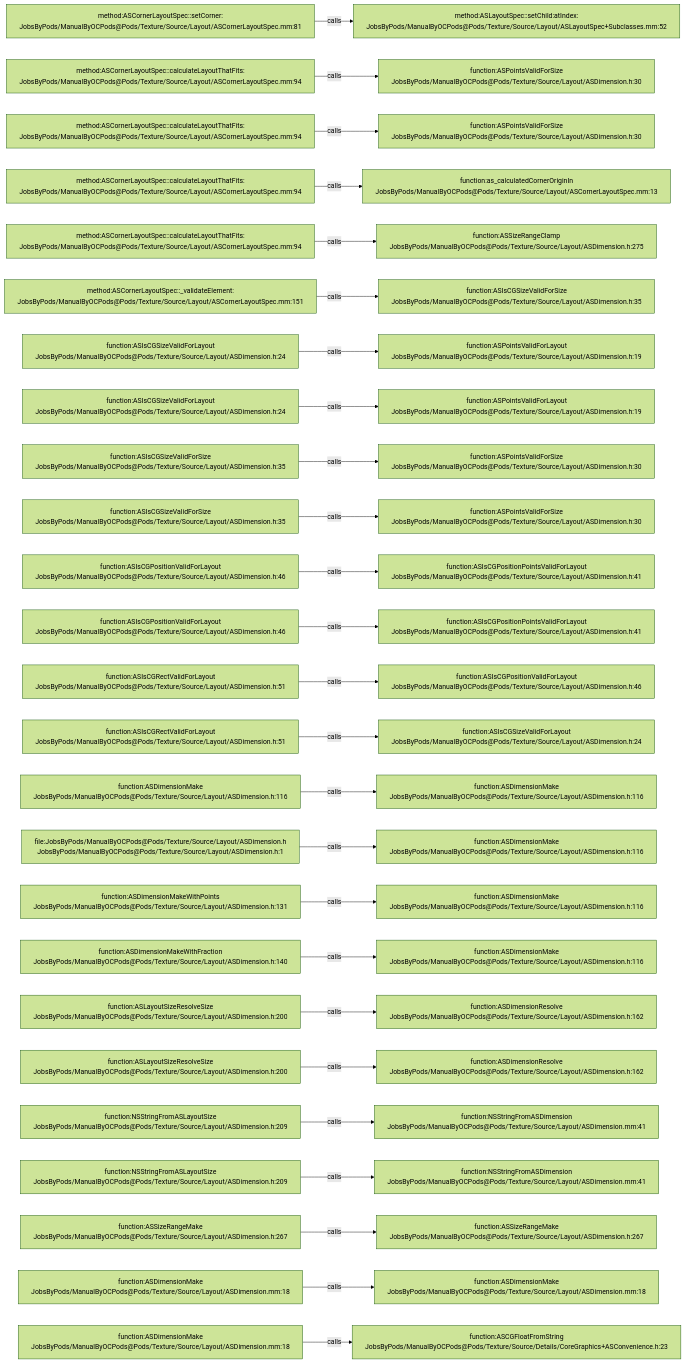
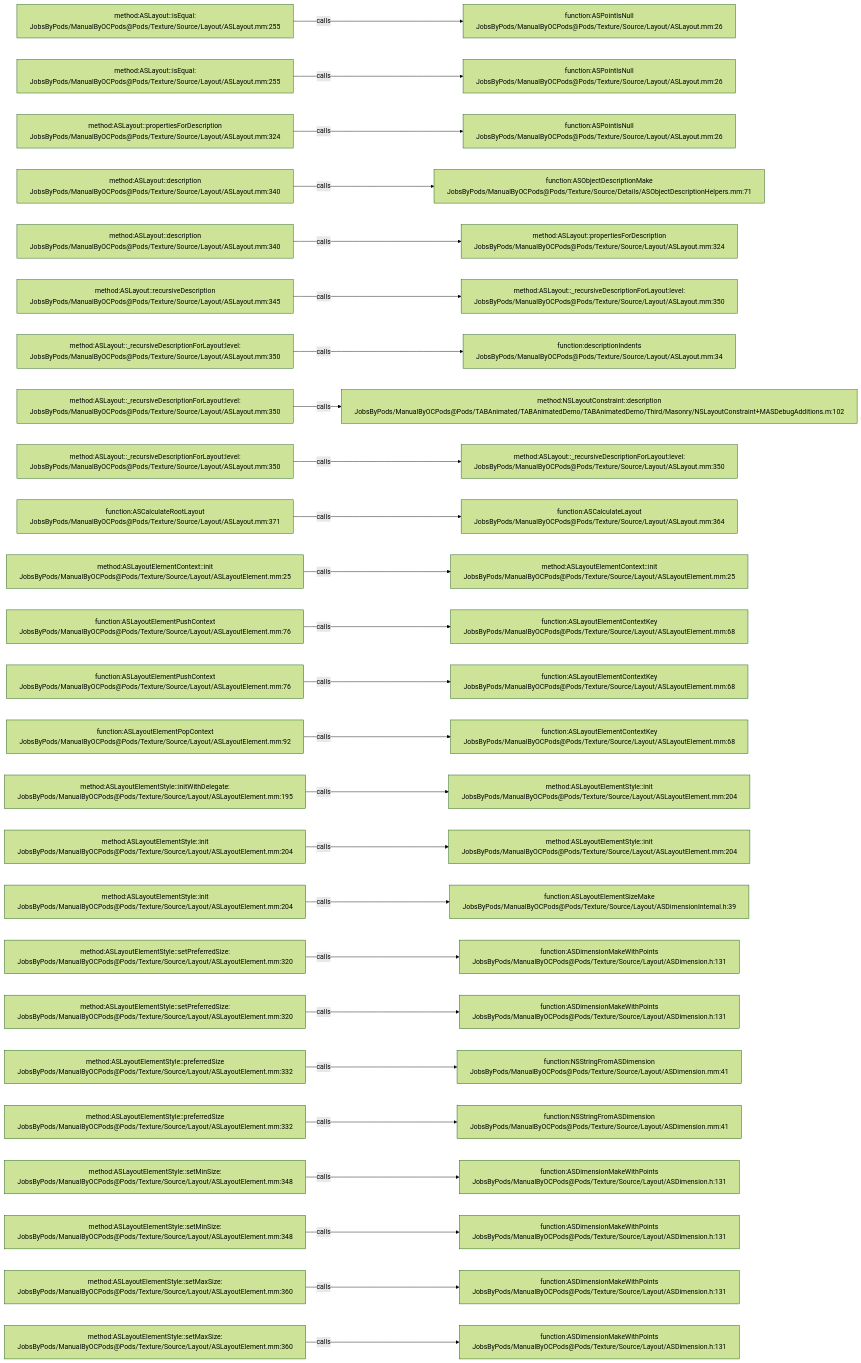
The diagram in .codegraph/codegraph.md/graphs/calls-177.md (JobsKits/JobsOCBaseConfigDemo), drawn with Mermaid (forest theme) before and after one commit. The commit also changed 1353 other files, not shown here.

````diff
--- a/.codegraph/codegraph.md/graphs/calls-177.md
+++ b/.codegraph/codegraph.md/graphs/calls-177.md
@@ -13,78 +13,78 @@
 ```mermaid
 flowchart LR
-  S1["method:ASCornerLayoutSpec::setCorner:<br/>JobsByPods/ManualByOCPods@Pods/Texture/Source/Layout/ASCornerLayoutSpec.mm:81"]
-  T1["method:ASLayoutSpec::setChild:atIndex:<br/>JobsByPods/ManualByOCPods@Pods/Texture/Source/Layout/ASLayoutSpec+Subclasses.mm:52"]
+  S1["method:ASLayout::isEqual:<br/>JobsByPods/ManualByOCPods@Pods/Texture/Source/Layout/ASLayout.mm:255"]
+  T1["function:ASPointIsNull<br/>JobsByPods/ManualByOCPods@Pods/Texture/Source/Layout/ASLayout.mm:26"]
   S1 -->|calls| T1
-  S2["method:ASCornerLayoutSpec::calculateLayoutThatFits:<br/>JobsByPods/ManualByOCPods@Pods/Texture/Source/Layout/ASCornerLayoutSpec.mm:94"]
-  T2["function:ASPointsValidForSize<br/>JobsByPods/ManualByOCPods@Pods/Texture/Source/Layout/ASDimension.h:30"]
+  S2["method:ASLayout::isEqual:<br/>JobsByPods/ManualByOCPods@Pods/Texture/Source/Layout/ASLayout.mm:255"]
+  T2["function:ASPointIsNull<br/>JobsByPods/ManualByOCPods@Pods/Texture/Source/Layout/ASLayout.mm:26"]
   S2 -->|calls| T2
-  S3["method:ASCornerLayoutSpec::calculateLayoutThatFits:<br/>JobsByPods/ManualByOCPods@Pods/Texture/Source/Layout/ASCornerLayoutSpec.mm:94"]
-  T3["function:ASPointsValidForSize<br/>JobsByPods/ManualByOCPods@Pods/Texture/Source/Layout/ASDimension.h:30"]
+  S3["method:ASLayout::propertiesForDescription<br/>JobsByPods/ManualByOCPods@Pods/Texture/Source/Layout/ASLayout.mm:324"]
+  T3["function:ASPointIsNull<br/>JobsByPods/ManualByOCPods@Pods/Texture/Source/Layout/ASLayout.mm:26"]
   S3 -->|calls| T3
-  S4["method:ASCornerLayoutSpec::calculateLayoutThatFits:<br/>JobsByPods/ManualByOCPods@Pods/Texture/Source/Layout/ASCornerLayoutSpec.mm:94"]
-  T4["function:as_calculatedCornerOriginIn<br/>JobsByPods/ManualByOCPods@Pods/Texture/Source/Layout/ASCornerLayoutSpec.mm:13"]
+  S4["method:ASLayout::description<br/>JobsByPods/ManualByOCPods@Pods/Texture/Source/Layout/ASLayout.mm:340"]
+  T4["function:ASObjectDescriptionMake<br/>JobsByPods/ManualByOCPods@Pods/Texture/Source/Details/ASObjectDescriptionHelpers.mm:71"]
   S4 -->|calls| T4
-  S5["method:ASCornerLayoutSpec::calculateLayoutThatFits:<br/>JobsByPods/ManualByOCPods@Pods/Texture/Source/Layout/ASCornerLayoutSpec.mm:94"]
-  T5["function:ASSizeRangeClamp<br/>JobsByPods/ManualByOCPods@Pods/Texture/Source/Layout/ASDimension.h:275"]
+  S5["method:ASLayout::description<br/>JobsByPods/ManualByOCPods@Pods/Texture/Source/Layout/ASLayout.mm:340"]
+  T5["method:ASLayout::propertiesForDescription<br/>JobsByPods/ManualByOCPods@Pods/Texture/Source/Layout/ASLayout.mm:324"]
   S5 -->|calls| T5
-  S6["method:ASCornerLayoutSpec::_validateElement:<br/>JobsByPods/ManualByOCPods@Pods/Texture/Source/Layout/ASCornerLayoutSpec.mm:151"]
-  T6["function:ASIsCGSizeValidForSize<br/>JobsByPods/ManualByOCPods@Pods/Texture/Source/Layout/ASDimension.h:35"]
+  S6["method:ASLayout::recursiveDescription<br/>JobsByPods/ManualByOCPods@Pods/Texture/Source/Layout/ASLayout.mm:345"]
+  T6["method:ASLayout::_recursiveDescriptionForLayout:level:<br/>JobsByPods/ManualByOCPods@Pods/Texture/Source/Layout/ASLayout.mm:350"]
   S6 -->|calls| T6
-  S7["function:ASIsCGSizeValidForLayout<br/>JobsByPods/ManualByOCPods@Pods/Texture/Source/Layout/ASDimension.h:24"]
-  T7["function:ASPointsValidForLayout<br/>JobsByPods/ManualByOCPods@Pods/Texture/Source/Layout/ASDimension.h:19"]
+  S7["method:ASLayout::_recursiveDescriptionForLayout:level:<br/>JobsByPods/ManualByOCPods@Pods/Texture/Source/Layout/ASLayout.mm:350"]
+  T7["function:descriptionIndents<br/>JobsByPods/ManualByOCPods@Pods/Texture/Source/Layout/ASLayout.mm:34"]
   S7 -->|calls| T7
-  S8["function:ASIsCGSizeValidForLayout<br/>JobsByPods/ManualByOCPods@Pods/Texture/Source/Layout/ASDimension.h:24"]
-  T8["function:ASPointsValidForLayout<br/>JobsByPods/ManualByOCPods@Pods/Texture/Source/Layout/ASDimension.h:19"]
+  S8["method:ASLayout::_recursiveDescriptionForLayout:level:<br/>JobsByPods/ManualByOCPods@Pods/Texture/Source/Layout/ASLayout.mm:350"]
+  T8["method:NSLayoutConstraint::description<br/>JobsByPods/ManualByOCPods@Pods/TABAnimated/TABAnimatedDemo/TABAnimatedDemo/Third/Masonry/NSLayoutConstraint+MASDebugAdditions.m:102"]
   S8 -->|calls| T8
-  S9["function:ASIsCGSizeValidForSize<br/>JobsByPods/ManualByOCPods@Pods/Texture/Source/Layout/ASDimension.h:35"]
-  T9["function:ASPointsValidForSize<br/>JobsByPods/ManualByOCPods@Pods/Texture/Source/Layout/ASDimension.h:30"]
+  S9["method:ASLayout::_recursiveDescriptionForLayout:level:<br/>JobsByPods/ManualByOCPods@Pods/Texture/Source/Layout/ASLayout.mm:350"]
+  T9["method:ASLayout::_recursiveDescriptionForLayout:level:<br/>JobsByPods/ManualByOCPods@Pods/Texture/Source/Layout/ASLayout.mm:350"]
   S9 -->|calls| T9
-  S10["function:ASIsCGSizeValidForSize<br/>JobsByPods/ManualByOCPods@Pods/Texture/Source/Layout/ASDimension.h:35"]
-  T10["function:ASPointsValidForSize<br/>JobsByPods/ManualByOCPods@Pods/Texture/Source/Layout/ASDimension.h:30"]
+  S10["function:ASCalculateRootLayout<br/>JobsByPods/ManualByOCPods@Pods/Texture/Source/Layout/ASLayout.mm:371"]
+  T10["function:ASCalculateLayout<br/>JobsByPods/ManualByOCPods@Pods/Texture/Source/Layout/ASLayout.mm:364"]
   S10 -->|calls| T10
-  S11["function:ASIsCGPositionValidForLayout<br/>JobsByPods/ManualByOCPods@Pods/Texture/Source/Layout/ASDimension.h:46"]
-  T11["function:ASIsCGPositionPointsValidForLayout<br/>JobsByPods/ManualByOCPods@Pods/Texture/Source/Layout/ASDimension.h:41"]
+  S11["method:ASLayoutElementContext::init<br/>JobsByPods/ManualByOCPods@Pods/Texture/Source/Layout/ASLayoutElement.mm:25"]
+  T11["method:ASLayoutElementContext::init<br/>JobsByPods/ManualByOCPods@Pods/Texture/Source/Layout/ASLayoutElement.mm:25"]
   S11 -->|calls| T11
-  S12["function:ASIsCGPositionValidForLayout<br/>JobsByPods/ManualByOCPods@Pods/Texture/Source/Layout/ASDimension.h:46"]
-  T12["function:ASIsCGPositionPointsValidForLayout<br/>JobsByPods/ManualByOCPods@Pods/Texture/Source/Layout/ASDimension.h:41"]
+  S12["function:ASLayoutElementPushContext<br/>JobsByPods/ManualByOCPods@Pods/Texture/Source/Layout/ASLayoutElement.mm:76"]
+  T12["function:ASLayoutElementContextKey<br/>JobsByPods/ManualByOCPods@Pods/Texture/Source/Layout/ASLayoutElement.mm:68"]
   S12 -->|calls| T12
-  S13["function:ASIsCGRectValidForLayout<br/>JobsByPods/ManualByOCPods@Pods/Texture/Source/Layout/ASDimension.h:51"]
-  T13["function:ASIsCGPositionValidForLayout<br/>JobsByPods/ManualByOCPods@Pods/Texture/Source/Layout/ASDimension.h:46"]
+  S13["function:ASLayoutElementPushContext<br/>JobsByPods/ManualByOCPods@Pods/Texture/Source/Layout/ASLayoutElement.mm:76"]
+  T13["function:ASLayoutElementContextKey<br/>JobsByPods/ManualByOCPods@Pods/Texture/Source/Layout/ASLayoutElement.mm:68"]
   S13 -->|calls| T13
-  S14["function:ASIsCGRectValidForLayout<br/>JobsByPods/ManualByOCPods@Pods/Texture/Source/Layout/ASDimension.h:51"]
-  T14["function:ASIsCGSizeValidForLayout<br/>JobsByPods/ManualByOCPods@Pods/Texture/Source/Layout/ASDimension.h:24"]
+  S14["function:ASLayoutElementPopContext<br/>JobsByPods/ManualByOCPods@Pods/Texture/Source/Layout/ASLayoutElement.mm:92"]
+  T14["function:ASLayoutElementContextKey<br/>JobsByPods/ManualByOCPods@Pods/Texture/Source/Layout/ASLayoutElement.mm:68"]
   S14 -->|calls| T14
-  S15["function:ASDimensionMake<br/>JobsByPods/ManualByOCPods@Pods/Texture/Source/Layout/ASDimension.h:116"]
-  T15["function:ASDimensionMake<br/>JobsByPods/ManualByOCPods@Pods/Texture/Source/Layout/ASDimension.h:116"]
+  S15["method:ASLayoutElementStyle::initWithDelegate:<br/>JobsByPods/ManualByOCPods@Pods/Texture/Source/Layout/ASLayoutElement.mm:195"]
+  T15["method:ASLayoutElementStyle::init<br/>JobsByPods/ManualByOCPods@Pods/Texture/Source/Layout/ASLayoutElement.mm:204"]
   S15 -->|calls| T15
-  S16["file:JobsByPods/ManualByOCPods@Pods/Texture/Source/Layout/ASDimension.h<br/>JobsByPods/ManualByOCPods@Pods/Texture/Source/Layout/ASDimension.h:1"]
-  T16["function:ASDimensionMake<br/>JobsByPods/ManualByOCPods@Pods/Texture/Source/Layout/ASDimension.h:116"]
+  S16["method:ASLayoutElementStyle::init<br/>JobsByPods/ManualByOCPods@Pods/Texture/Source/Layout/ASLayoutElement.mm:204"]
+  T16["method:ASLayoutElementStyle::init<br/>JobsByPods/ManualByOCPods@Pods/Texture/Source/Layout/ASLayoutElement.mm:204"]
   S16 -->|calls| T16
-  S17["function:ASDimensionMakeWithPoints<br/>JobsByPods/ManualByOCPods@Pods/Texture/Source/Layout/ASDimension.h:131"]
-  T17["function:ASDimensionMake<br/>JobsByPods/ManualByOCPods@Pods/Texture/Source/Layout/ASDimension.h:116"]
+  S17["method:ASLayoutElementStyle::init<br/>JobsByPods/ManualByOCPods@Pods/Texture/Source/Layout/ASLayoutElement.mm:204"]
+  T17["function:ASLayoutElementSizeMake<br/>JobsByPods/ManualByOCPods@Pods/Texture/Source/Layout/ASDimensionInternal.h:39"]
   S17 -->|calls| T17
-  S18["function:ASDimensionMakeWithFraction<br/>JobsByPods/ManualByOCPods@Pods/Texture/Source/Layout/ASDimension.h:140"]
-  T18["function:ASDimensionMake<br/>JobsByPods/ManualByOCPods@Pods/Texture/Source/Layout/ASDimension.h:116"]
+  S18["method:ASLayoutElementStyle::setPreferredSize:<br/>JobsByPods/ManualByOCPods@Pods/Texture/Source/Layout/ASLayoutElement.mm:320"]
+  T18["function:ASDimensionMakeWithPoints<br/>JobsByPods/ManualByOCPods@Pods/Texture/Source/Layout/ASDimension.h:131"]
   S18 -->|calls| T18
-  S19["function:ASLayoutSizeResolveSize<br/>JobsByPods/ManualByOCPods@Pods/Texture/Source/Layout/ASDimension.h:200"]
-  T19["function:ASDimensionResolve<br/>JobsByPods/ManualByOCPods@Pods/Texture/Source/Layout/ASDimension.h:162"]
+  S19["method:ASLayoutElementStyle::setPreferredSize:<br/>JobsByPods/ManualByOCPods@Pods/Texture/Source/Layout/ASLayoutElement.mm:320"]
+  T19["function:ASDimensionMakeWithPoints<br/>JobsByPods/ManualByOCPods@Pods/Texture/Source/Layout/ASDimension.h:131"]
   S19 -->|calls| T19
-  S20["function:ASLayoutSizeResolveSize<br/>JobsByPods/ManualByOCPods@Pods/Texture/Source/Layout/ASDimension.h:200"]
-  T20["function:ASDimensionResolve<br/>JobsByPods/ManualByOCPods@Pods/Texture/Source/Layout/ASDimension.h:162"]
+  S20["method:ASLayoutElementStyle::preferredSize<br/>JobsByPods/ManualByOCPods@Pods/Texture/Source/Layout/ASLayoutElement.mm:332"]
+  T20["function:NSStringFromASDimension<br/>JobsByPods/ManualByOCPods@Pods/Texture/Source/Layout/ASDimension.mm:41"]
   S20 -->|calls| T20
-  S21["function:NSStringFromASLayoutSize<br/>JobsByPods/ManualByOCPods@Pods/Texture/Source/Layout/ASDimension.h:209"]
+  S21["method:ASLayoutElementStyle::preferredSize<br/>JobsByPods/ManualByOCPods@Pods/Texture/Source/Layout/ASLayoutElement.mm:332"]
   T21["function:NSStringFromASDimension<br/>JobsByPods/ManualByOCPods@Pods/Texture/Source/Layout/ASDimension.mm:41"]
   S21 -->|calls| T21
-  S22["function:NSStringFromASLayoutSize<br/>JobsByPods/ManualByOCPods@Pods/Texture/Source/Layout/ASDimension.h:209"]
-  T22["function:NSStringFromASDimension<br/>JobsByPods/ManualByOCPods@Pods/Texture/Source/Layout/ASDimension.mm:41"]
+  S22["method:ASLayoutElementStyle::setMinSize:<br/>JobsByPods/ManualByOCPods@Pods/Texture/Source/Layout/ASLayoutElement.mm:348"]
+  T22["function:ASDimensionMakeWithPoints<br/>JobsByPods/ManualByOCPods@Pods/Texture/Source/Layout/ASDimension.h:131"]
   S22 -->|calls| T22
-  S23["function:ASSizeRangeMake<br/>JobsByPods/ManualByOCPods@Pods/Texture/Source/Layout/ASDimension.h:267"]
-  T23["function:ASSizeRangeMake<br/>JobsByPods/ManualByOCPods@Pods/Texture/Source/Layout/ASDimension.h:267"]
+  S23["method:ASLayoutElementStyle::setMinSize:<br/>JobsByPods/ManualByOCPods@Pods/Texture/Source/Layout/ASLayoutElement.mm:348"]
+  T23["function:ASDimensionMakeWithPoints<br/>JobsByPods/ManualByOCPods@Pods/Texture/Source/Layout/ASDimension.h:131"]
   S23 -->|calls| T23
-  S24["function:ASDimensionMake<br/>JobsByPods/ManualByOCPods@Pods/Texture/Source/Layout/ASDimension.mm:18"]
-  T24["function:ASDimensionMake<br/>JobsByPods/ManualByOCPods@Pods/Texture/Source/Layout/ASDimension.mm:18"]
+  S24["method:ASLayoutElementStyle::setMaxSize:<br/>JobsByPods/ManualByOCPods@Pods/Texture/Source/Layout/ASLayoutElement.mm:360"]
+  T24["function:ASDimensionMakeWithPoints<br/>JobsByPods/ManualByOCPods@Pods/Texture/Source/Layout/ASDimension.h:131"]
   S24 -->|calls| T24
-  S25["function:ASDimensionMake<br/>JobsByPods/ManualByOCPods@Pods/Texture/Source/Layout/ASDimension.mm:18"]
-  T25["function:ASCGFloatFromString<br/>JobsByPods/ManualByOCPods@Pods/Texture/Source/Details/CoreGraphics+ASConvenience.h:23"]
+  S25["method:ASLayoutElementStyle::setMaxSize:<br/>JobsByPods/ManualByOCPods@Pods/Texture/Source/Layout/ASLayoutElement.mm:360"]
+  T25["function:ASDimensionMakeWithPoints<br/>JobsByPods/ManualByOCPods@Pods/Texture/Source/Layout/ASDimension.h:131"]
   S25 -->|calls| T25
 ```
````
